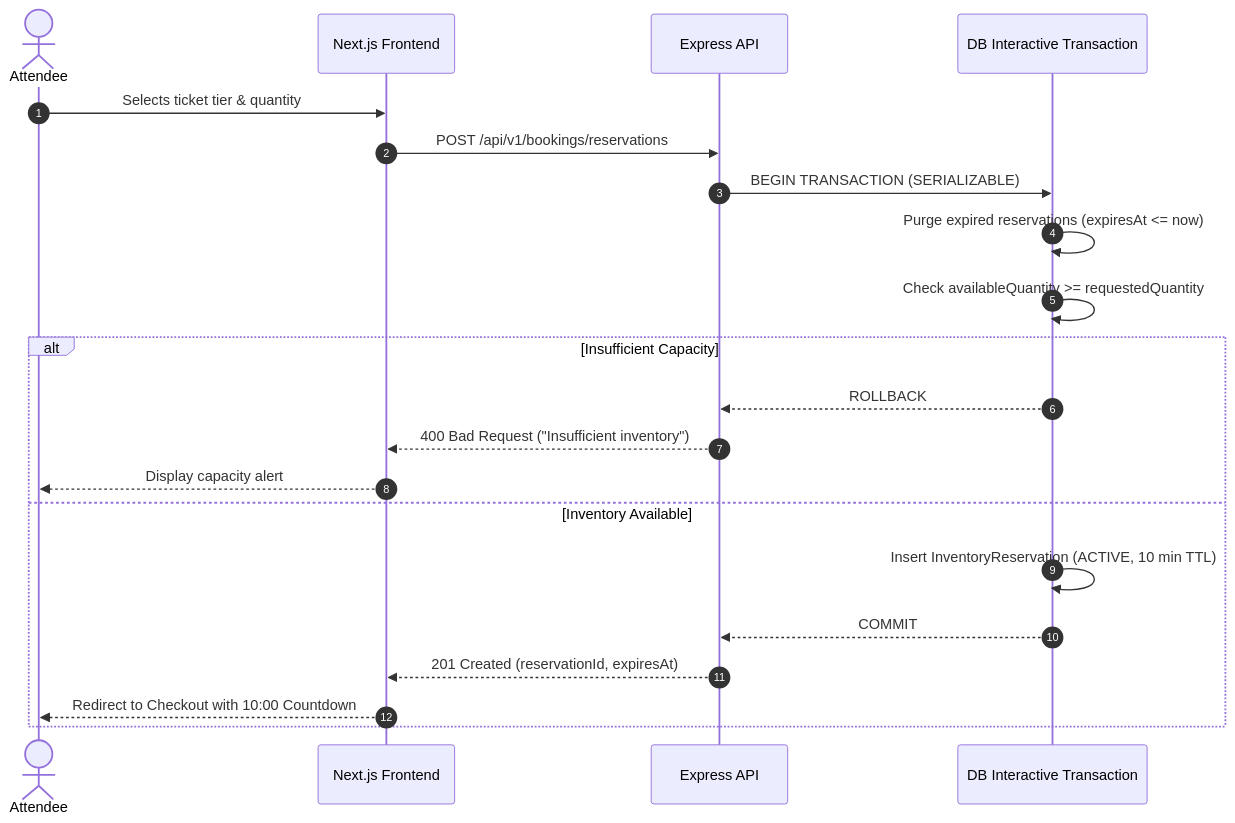
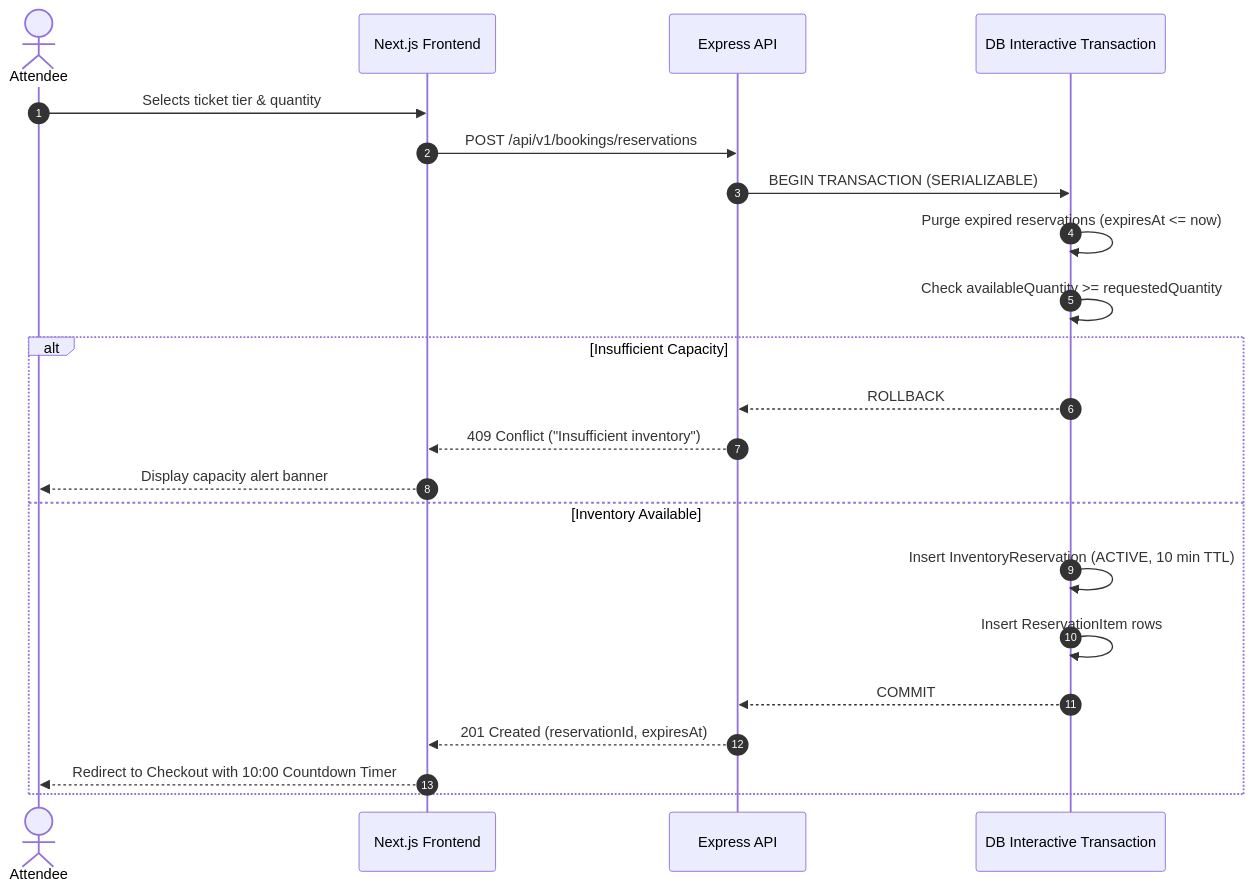
Before and after one commit to meiyarasam/eventra-event-booking: the third of 6 diagrams in docs/flow-diagram.md, drawn with Mermaid. The commit also changed other lines of this file and 5 other files, not shown here.

````diff
--- a/docs/flow-diagram.md
+++ b/docs/flow-diagram.md
@@ -60,24 +59,25 @@
 ```mermaid
 sequenceDiagram
     autonumber
     actor Attendee
     participant Web as Next.js Frontend
     participant API as Express API
     participant Tx as DB Interactive Transaction
 
     Attendee->>Web: Selects ticket tier & quantity
     Web->>API: POST /api/v1/bookings/reservations
     API->>Tx: BEGIN TRANSACTION (SERIALIZABLE)
     Tx->>Tx: Purge expired reservations (expiresAt <= now)
     Tx->>Tx: Check availableQuantity >= requestedQuantity
     alt Insufficient Capacity
         Tx-->>API: ROLLBACK
-        API-->>Web: 400 Bad Request ("Insufficient inventory")
-        Web-->>Attendee: Display capacity alert
+        API-->>Web: 409 Conflict ("Insufficient inventory")
+        Web-->>Attendee: Display capacity alert banner
     else Inventory Available
         Tx->>Tx: Insert InventoryReservation (ACTIVE, 10 min TTL)
+        Tx->>Tx: Insert ReservationItem rows
         Tx-->>API: COMMIT
         API-->>Web: 201 Created (reservationId, expiresAt)
-        Web-->>Attendee: Redirect to Checkout with 10:00 Countdown
+        Web-->>Attendee: Redirect to Checkout with 10:00 Countdown Timer
     end
 ```
````
